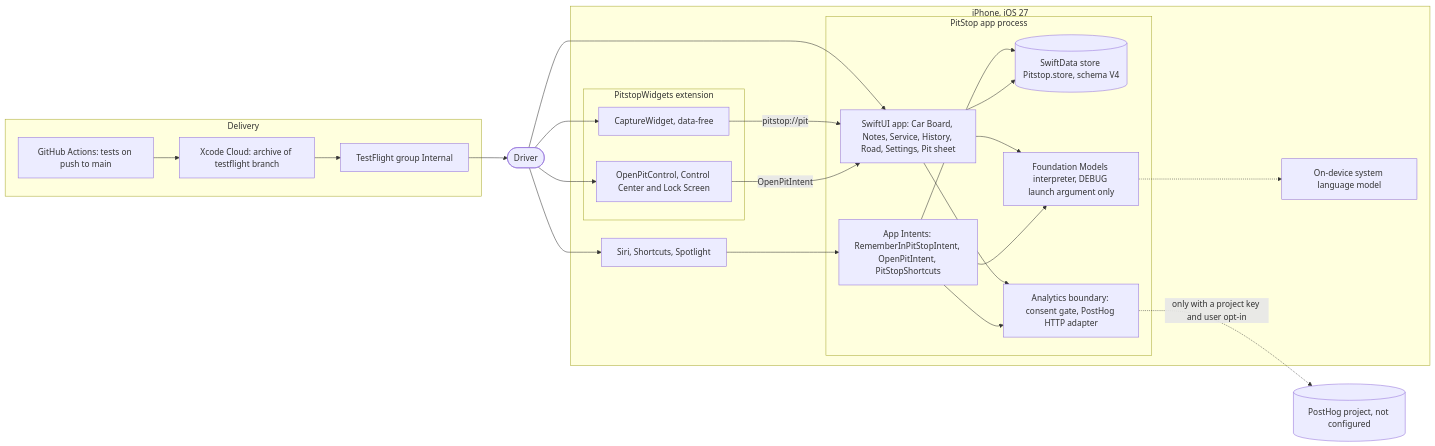
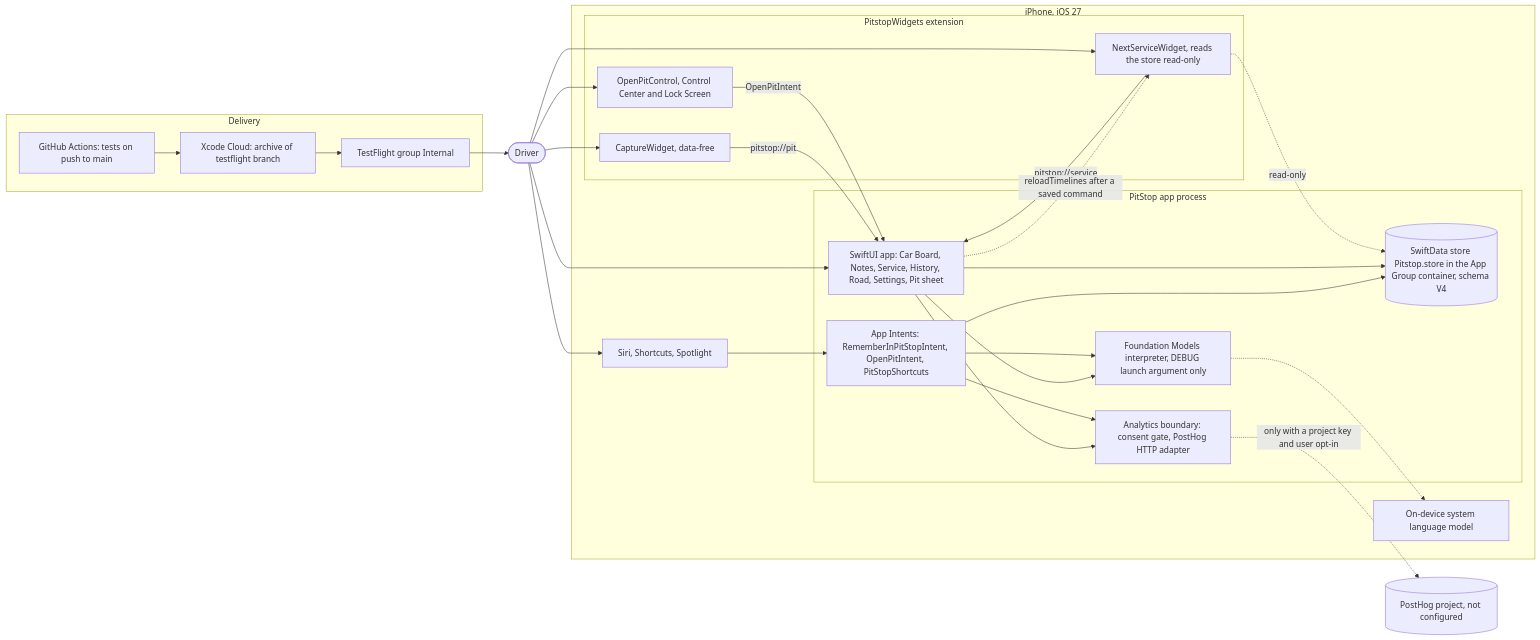
The first of 9 diagrams in docs/engineering/system-overview.md (vil4max/pitstop-ios), drawn with Mermaid before and after one commit. The commit also changed other lines of this file and 38 other files, not shown here.

First line of the commit message:
feat(widgets): show the next service in a widget from the shared store

````diff
--- a/docs/engineering/system-overview.md
+++ b/docs/engineering/system-overview.md
@@ -36,44 +36,49 @@
 ```mermaid
 flowchart LR
     user(["Driver"])
 
     subgraph phone["iPhone, iOS 27"]
         subgraph app["PitStop app process"]
             ui["SwiftUI app: Car Board, Notes, Service, History, Road, Settings, Pit sheet"]
             intents["App Intents: RememberInPitStopIntent, OpenPitIntent, PitStopShortcuts"]
-            store[("SwiftData store Pitstop.store, schema V4")]
+            store[("SwiftData store Pitstop.store in the App Group container, schema V4")]
             analytics["Analytics boundary: consent gate, PostHog HTTP adapter"]
             fm["Foundation Models interpreter, DEBUG launch argument only"]
         end
         subgraph ext["PitstopWidgets extension"]
             widget["CaptureWidget, data-free"]
+            nextService["NextServiceWidget, reads the store read-only"]
             control["OpenPitControl, Control Center and Lock Screen"]
         end
         siri["Siri, Shortcuts, Spotlight"]
         model["On-device system language model"]
     end
 
     posthog[("PostHog project, not configured")]
     subgraph delivery["Delivery"]
         gha["GitHub Actions: tests on push to main"]
         xcc["Xcode Cloud: archive of testflight branch"]
         tf["TestFlight group Internal"]
     end
 
     user --> ui
     user --> siri
     user --> widget
+    user --> nextService
     user --> control
     siri --> intents
     intents --> store
     ui --> store
     widget -- "pitstop://pit" --> ui
+    nextService -- "pitstop://service" --> ui
+    nextService -. "read-only" .-> store
+    ui -. "reloadTimelines after a saved command" .-> nextService
     control -- "OpenPitIntent" --> ui
     ui --> fm
     intents --> fm
     fm -.-> model
     ui --> analytics
     intents --> analytics
     analytics -. "only with a project key and user opt-in" .-> posthog
     gha --> xcc --> tf --> user
 ```
````
